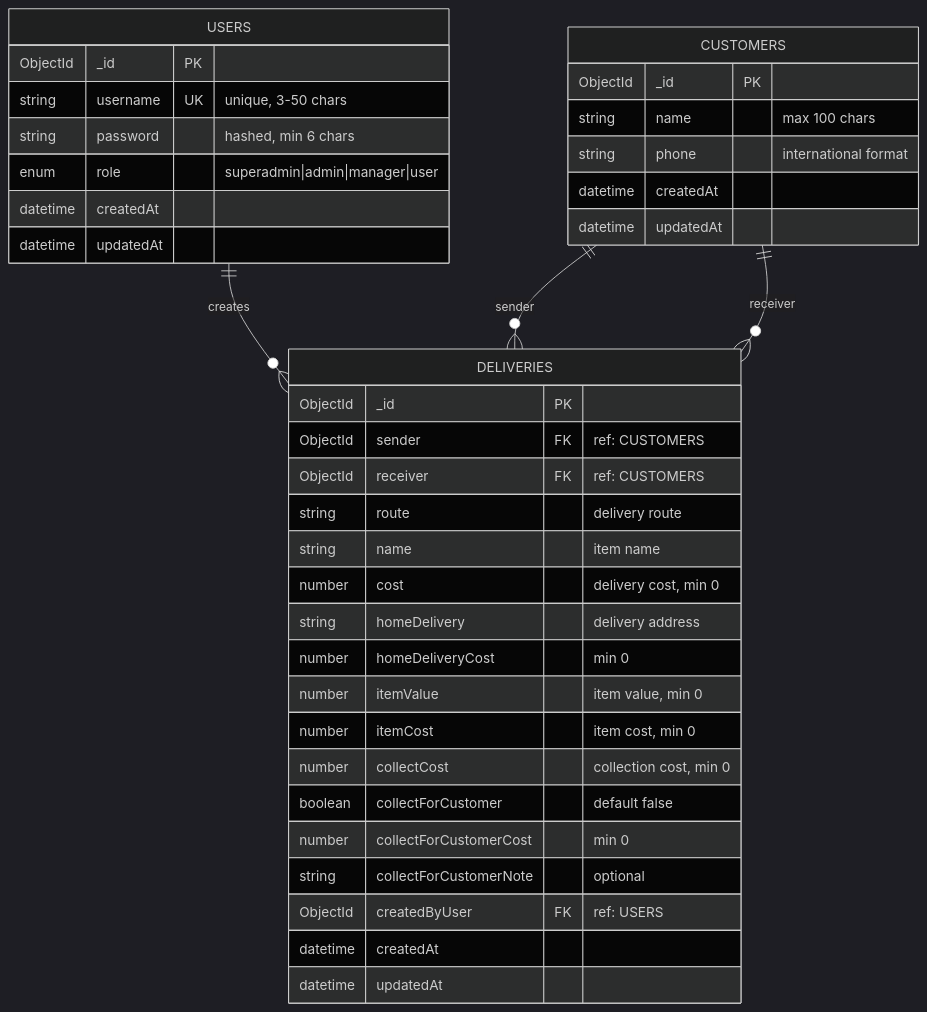
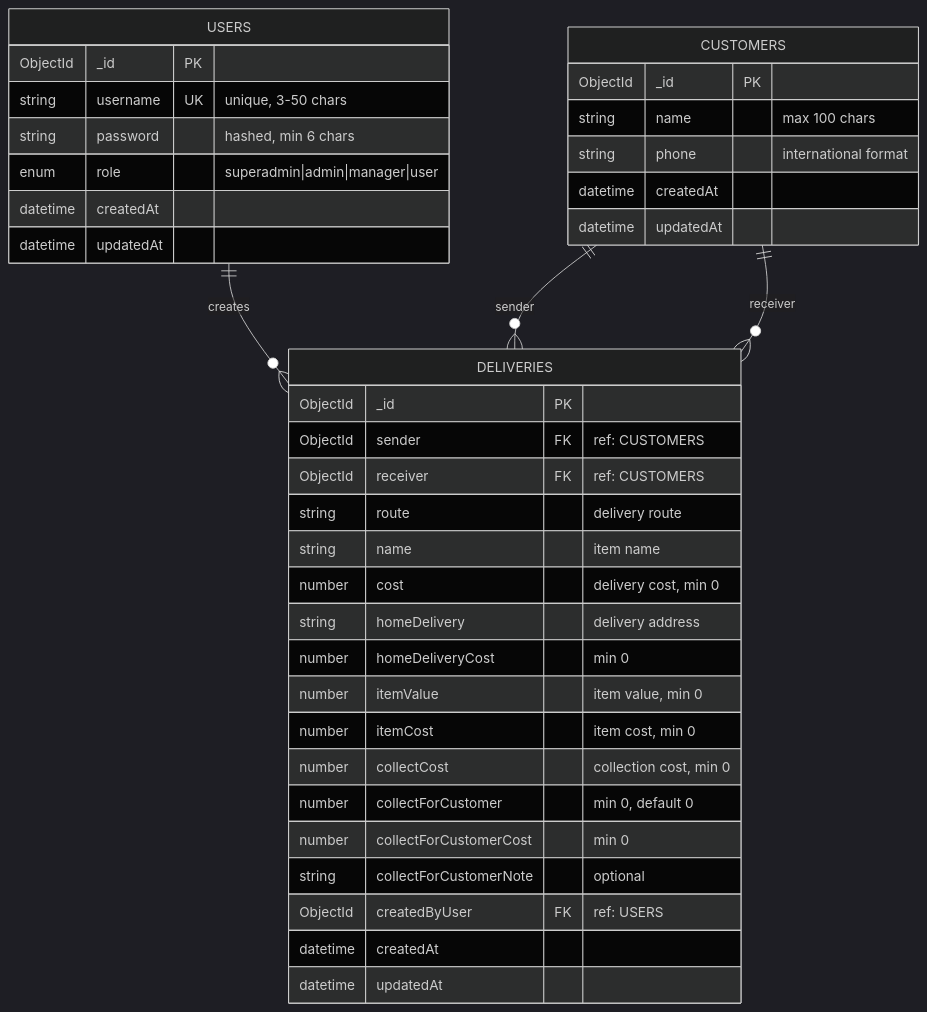
Before and after one commit to hoanggiathong/tc-delivery-server: the diagram in docs/DATABASE_SCHEMA.md, drawn with Mermaid (dark theme). The commit also changed other lines of this file and 7 other files, not shown here.

````diff
--- a/docs/DATABASE_SCHEMA.md
+++ b/docs/DATABASE_SCHEMA.md
@@ -14,43 +14,43 @@
 ```mermaid
 erDiagram
     USERS ||--o{ DELIVERIES : creates
     CUSTOMERS ||--o{ DELIVERIES : "sender"
     CUSTOMERS ||--o{ DELIVERIES : "receiver"
 
     USERS {
         ObjectId _id PK
         string username UK "unique, 3-50 chars"
         string password "hashed, min 6 chars"
         enum role "superadmin|admin|manager|user"
         datetime createdAt
         datetime updatedAt
     }
 
     CUSTOMERS {
         ObjectId _id PK
         string name "max 100 chars"
         string phone "international format"
         datetime createdAt
         datetime updatedAt
     }
 
     DELIVERIES {
         ObjectId _id PK
         ObjectId sender FK "ref: CUSTOMERS"
         ObjectId receiver FK "ref: CUSTOMERS"
         string route "delivery route"
         string name "item name"
         number cost "delivery cost, min 0"
         string homeDelivery "delivery address"
         number homeDeliveryCost "min 0"
         number itemValue "item value, min 0"
         number itemCost "item cost, min 0"
         number collectCost "collection cost, min 0"
-        boolean collectForCustomer "default false"
+        number collectForCustomer "min 0, default 0"
         number collectForCustomerCost "min 0"
         string collectForCustomerNote "optional"
         ObjectId createdByUser FK "ref: USERS"
         datetime createdAt
         datetime updatedAt
     }
 ```
````
